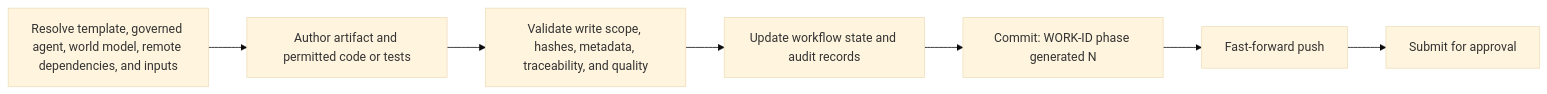
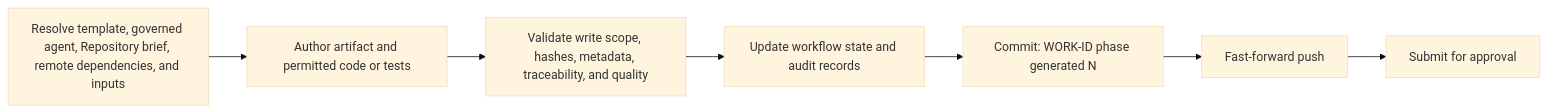
The fifth of 6 diagrams in HOW-TO.md (ashokraj2011/singularityflow), drawn with Mermaid (base theme) before and after one commit. The commit also changed other lines of this file and 93 other files, not shown here.

````diff
--- a/HOW-TO.md
+++ b/HOW-TO.md
@@ -317,9 +313,9 @@
 ```mermaid
 flowchart LR
-  Prepare["Resolve template, governed agent, world model, remote dependencies, and inputs"] --> Edit["Author artifact and permitted code or tests"]
+  Prepare["Resolve template, governed agent, Repository brief, remote dependencies, and inputs"] --> Edit["Author artifact and permitted code or tests"]
   Edit --> Validate["Validate write scope, hashes, metadata, traceability, and quality"]
   Validate --> State["Update workflow state and audit records"]
   State --> Commit["Commit: WORK-ID phase generated N"]
   Commit --> Push["Fast-forward push"]
   Push --> Submit["Submit for approval"]
 ```
````
